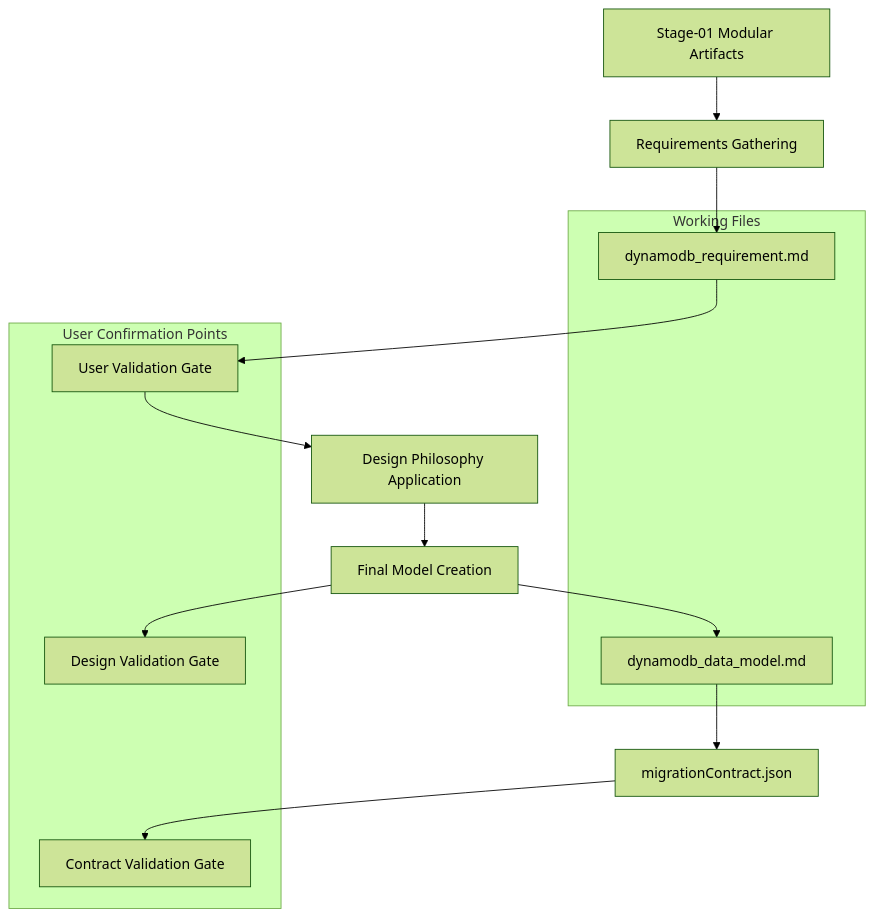
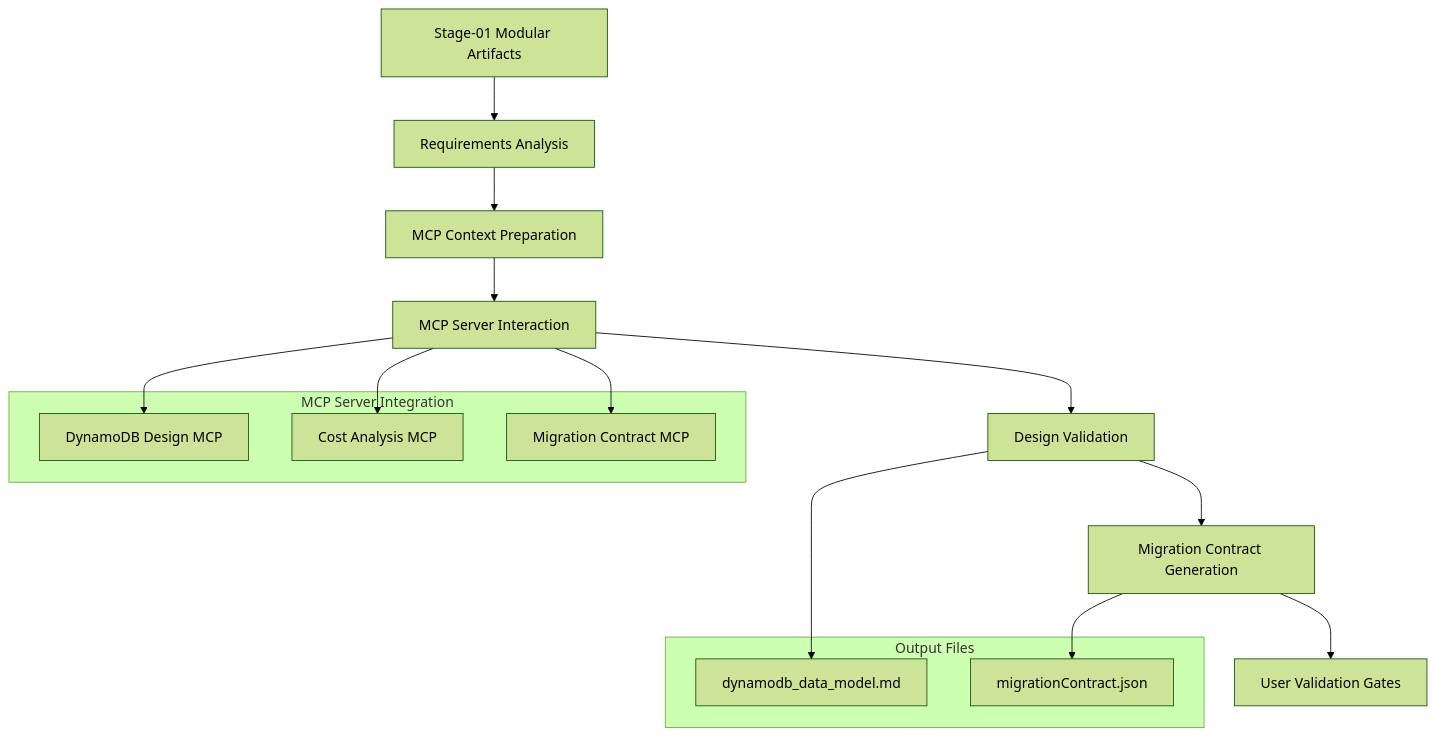
Before and after one commit to aws-samples/aws-dynamodb-examples: the diagram in workshops/modernizr/prompts/02-dynamodb-data-modeling/design.md, drawn with Mermaid (forest theme). The commit also changed other lines of this file and 374 other files, not shown here.

````diff
--- a/workshops/modernizr/prompts/02-dynamodb-data-modeling/design.md
+++ b/workshops/modernizr/prompts/02-dynamodb-data-modeling/design.md
@@ -11,24 +11,26 @@
 ```mermaid
 graph TD
-    A[Stage-01 Modular Artifacts] --> B[Requirements Gathering]
-    B --> C[dynamodb_requirement.md]
-    C --> D[User Validation Gate]
-    D --> E[Design Philosophy Application]
-    E --> F[Final Model Creation]
-    F --> G[dynamodb_data_model.md]
-    G --> H[migrationContract.json]
+    A[Stage-01 Modular Artifacts] --> B[Requirements Analysis]
+    B --> C[MCP Context Preparation]
+    C --> D[MCP Server Interaction]
+    D --> E[Design Validation]
+    E --> F[Migration Contract Generation]
+    F --> G[User Validation Gates]
     
-    subgraph "Working Files"
-        C
-        G
+    subgraph "MCP Server Integration"
+        H[DynamoDB Design MCP]
+        I[Cost Analysis MCP]
+        J[Migration Contract MCP]
     end
     
-    subgraph "User Confirmation Points"
-        D
-        I[Design Validation Gate]
-        J[Contract Validation Gate]
+    subgraph "Output Files"
+        K[dynamodb_data_model.md]
+        L[migrationContract.json]
     end
     
-    F --> I
-    H --> J
+    D --> H
+    D --> I
+    D --> J
+    E --> K
+    F --> L
 ```
````
